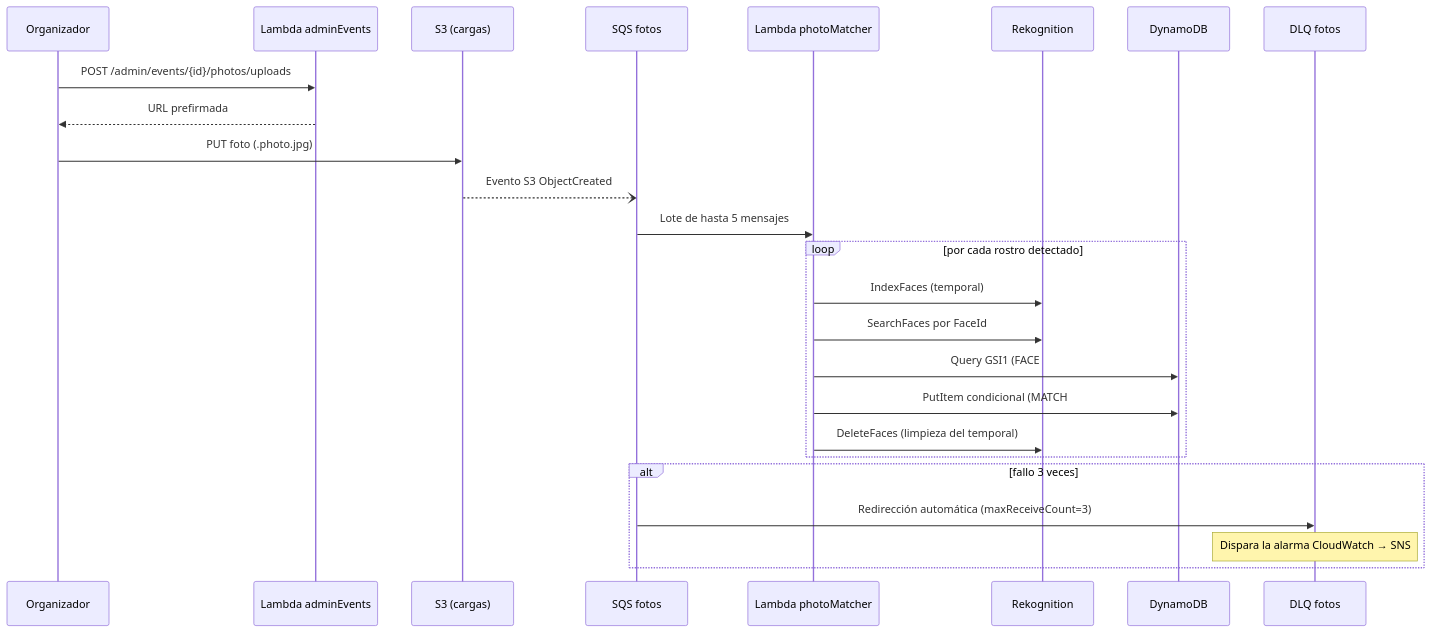
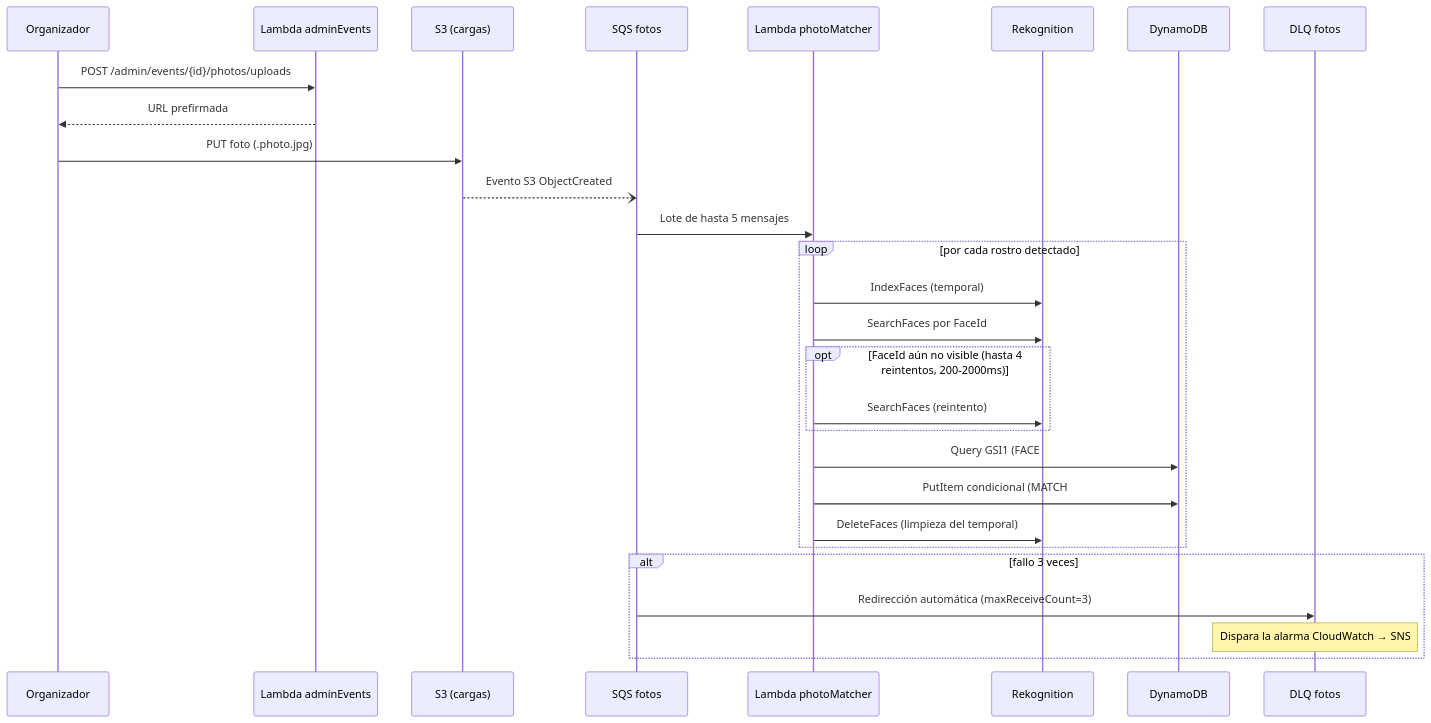
Before and after one commit to upc-malvaviscos/findly: the third of 6 diagrams in docs/paper/04-arquitectura-y-decisiones.md, drawn with Mermaid. The commit also changed other lines of this file and 4 other files, not shown here.

````diff
--- a/docs/paper/04-arquitectura-y-decisiones.md
+++ b/docs/paper/04-arquitectura-y-decisiones.md
@@ -242,28 +254,31 @@
 ```mermaid
 sequenceDiagram
     participant O as Organizador
     participant AA as Lambda adminEvents
     participant S as S3 (cargas)
     participant Q as SQS fotos
     participant PM as Lambda photoMatcher
     participant R as Rekognition
     participant D as DynamoDB
     participant DLQ as DLQ fotos
 
     O->>AA: POST /admin/events/{id}/photos/uploads
     AA-->>O: URL prefirmada
     O->>S: PUT foto (.photo.jpg)
     S--)Q: Evento S3 ObjectCreated
     Q->>PM: Lote de hasta 5 mensajes
     loop por cada rostro detectado
         PM->>R: IndexFaces (temporal)
         PM->>R: SearchFaces por FaceId
+        opt FaceId aún no visible (hasta 4 reintentos, 200-2000ms)
+            PM->>R: SearchFaces (reintento)
+        end
         PM->>D: Query GSI1 (FACE#{faceId})
         PM->>D: PutItem condicional (MATCH#, idempotente)
         PM->>R: DeleteFaces (limpieza del temporal)
     end
     alt fallo 3 veces
         Q->>DLQ: Redirección automática (maxReceiveCount=3)
         Note over DLQ: Dispara la alarma CloudWatch → SNS
     end
 ```
````
